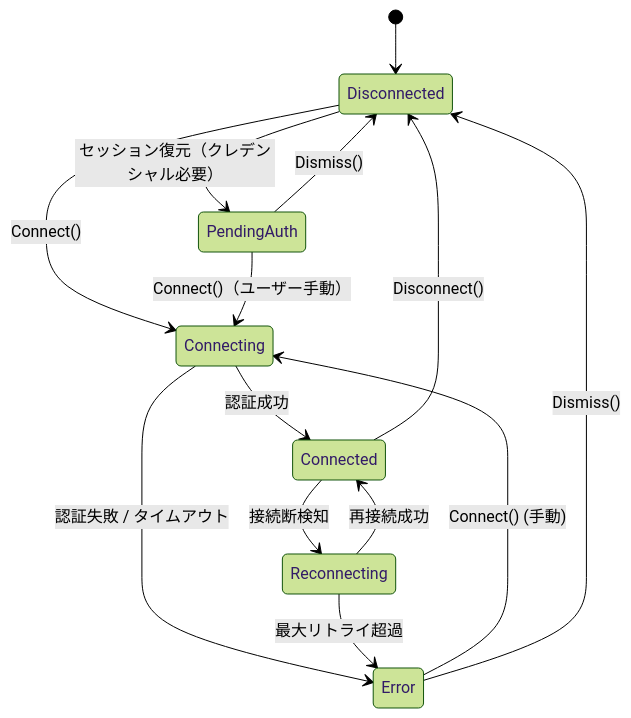
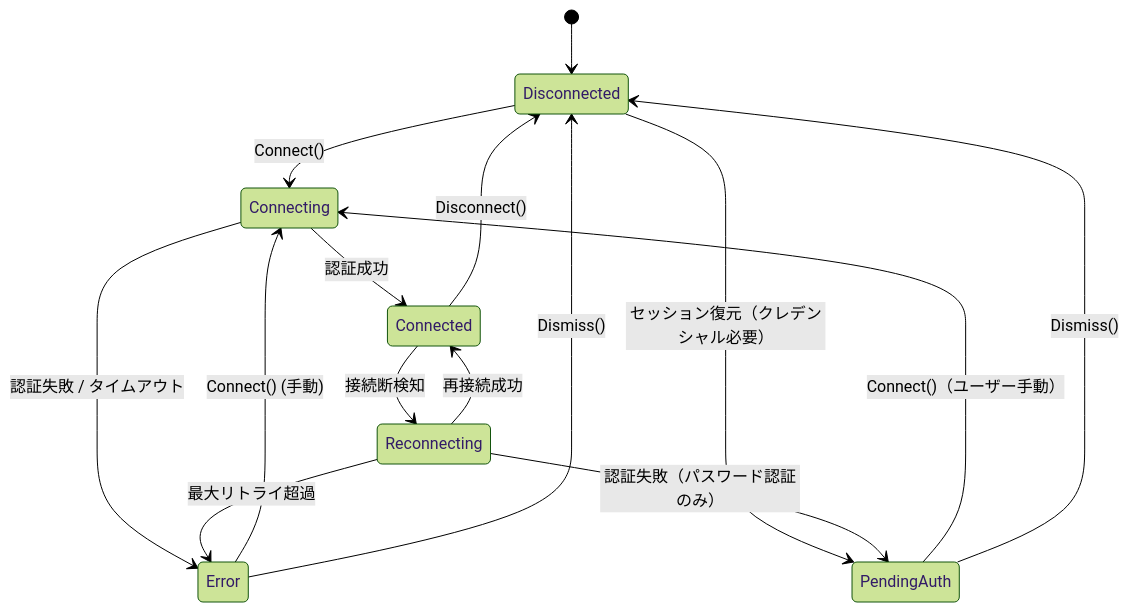
The third of 4 diagrams in docs/architecture/data-model.md (ousiassllc/MolePort), drawn with Mermaid (forest theme) before and after one commit. The commit also changed other lines of this file, not shown here.

````diff
--- a/docs/architecture/data-model.md
+++ b/docs/architecture/data-model.md
@@ -368,17 +395,18 @@
 ```mermaid
 stateDiagram-v2
     [*] --> Disconnected
 
     Disconnected --> Connecting : Connect()
     Disconnected --> PendingAuth : セッション復元（クレデンシャル必要）
     Connecting --> Connected : 認証成功
     Connecting --> Error : 認証失敗 / タイムアウト
     Connected --> Disconnected : Disconnect()
     Connected --> Reconnecting : 接続断検知
     Reconnecting --> Connected : 再接続成功
     Reconnecting --> Error : 最大リトライ超過
+    Reconnecting --> PendingAuth : 認証失敗（パスワード認証のみ）
     PendingAuth --> Connecting : Connect()（ユーザー手動）
     PendingAuth --> Disconnected : Dismiss()
     Error --> Connecting : Connect() (手動)
     Error --> Disconnected : Dismiss()
 ```
````
